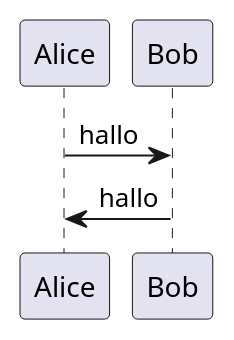
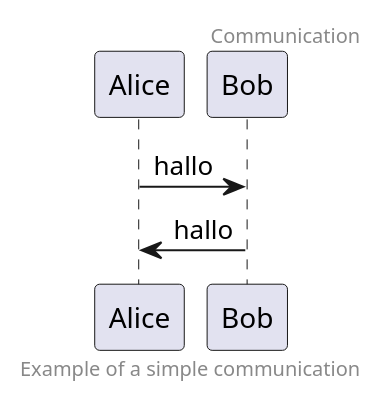
One commit to aelfimow/plantuml-tut changed the diagram in sequence-diag/a.plantuml. Above: the diagram before and after it, drawn with PlantUML.

Commit message:
Added header and footer

```diff
--- a/sequence-diag/a.plantuml
+++ b/sequence-diag/a.plantuml
@@ -1,4 +1,12 @@
 @startuml
+
+header
+Communication
+endheader
+
 Alice -> Bob: hallo
 Bob -> Alice: hallo
+
+footer Example of a simple communication
+
 @enduml
```
